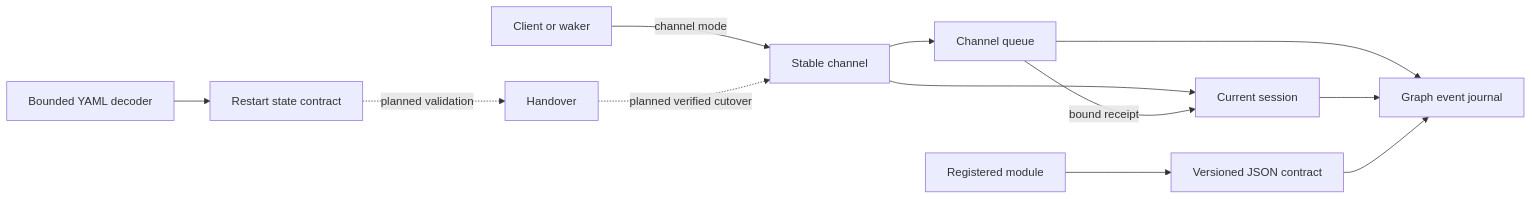
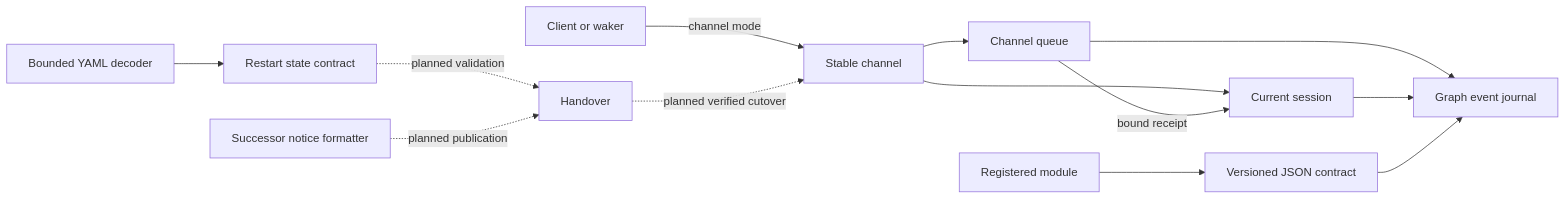
One commit to NestDevLab/agent-mesh changed the diagram in docs/design/plexus-architecture.mmd. Above: the diagram before and after it, drawn with Mermaid. The commit also changed 6 other files, not shown here.

Commit message:
Prepare verified successor notice formatting

```diff
--- a/docs/design/plexus-architecture.mmd
+++ b/docs/design/plexus-architecture.mmd
@@ -1,12 +1,13 @@
 flowchart LR
   Client["Client or waker"] -- "channel mode" --> Channel["Stable channel"]
   Channel --> Queue["Channel queue"]
   Channel --> Session["Current session"]
   Queue --> Journal["Graph event journal"]
   Session --> Journal
   Module["Registered module"] --> Contract["Versioned JSON contract"]
   Contract --> Journal
   Queue -- "bound receipt" --> Session
   Yaml["Bounded YAML decoder"] --> Restart
   Restart["Restart state contract"] -. "planned validation" .-> Handover
+  Notice["Successor notice formatter"] -. "planned publication" .-> Handover
   Handover["Handover"] -. "planned verified cutover" .-> Channel
```
